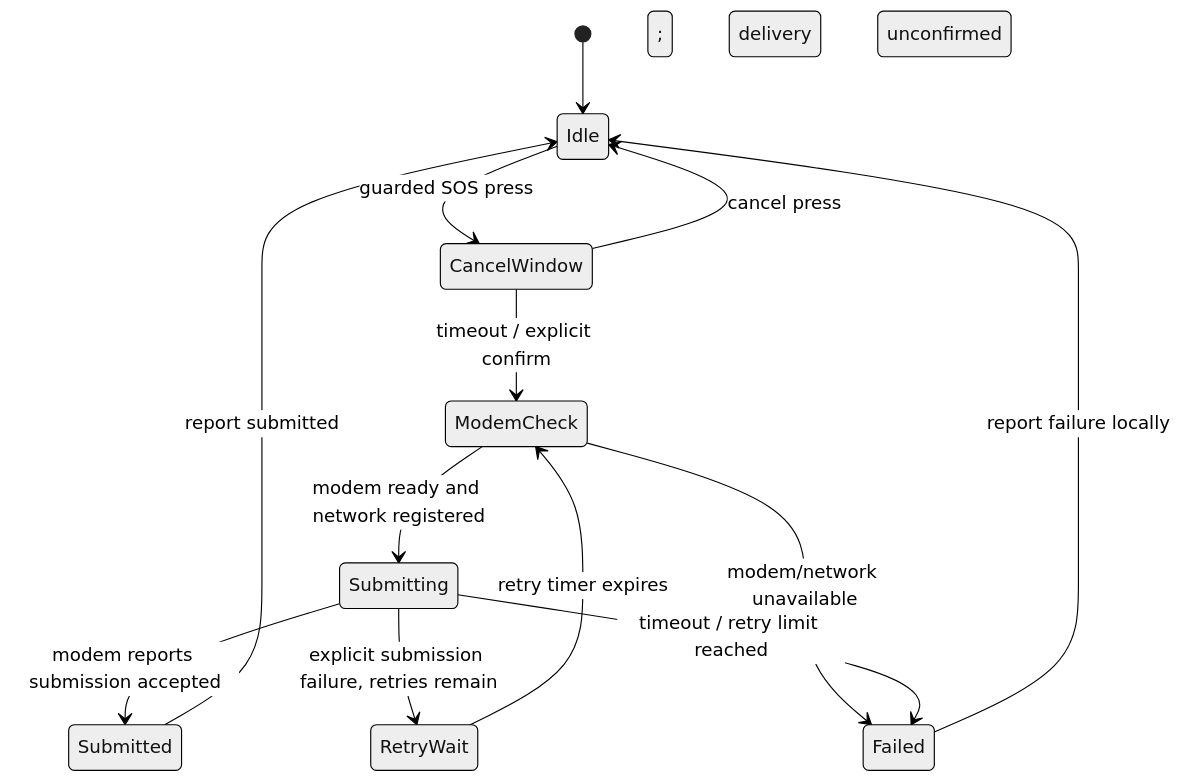
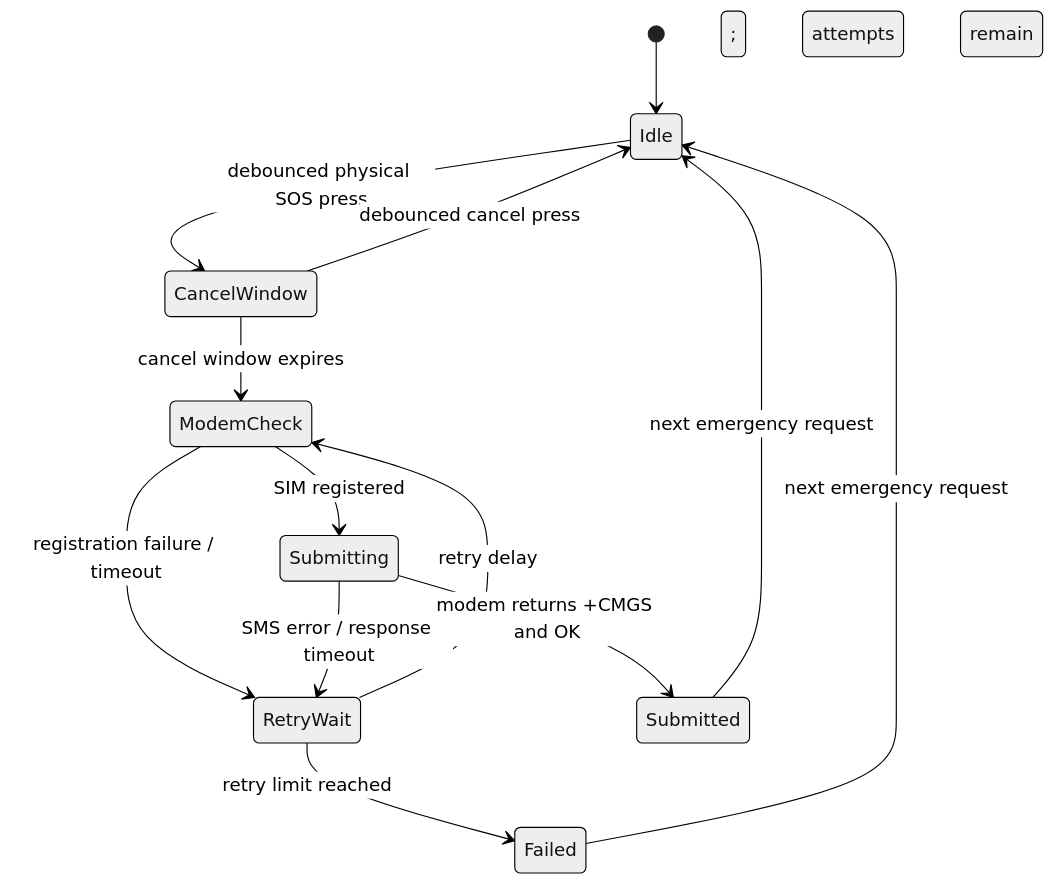
One commit to tsypchallenge0-afk/amnora changed the second of 2 diagrams in docs/architecture.md. Above: the diagram before and after it, drawn with Mermaid (neutral theme). The commit also changed other lines of this file and 24 other files, not shown here.

````diff
--- a/docs/architecture.md
+++ b/docs/architecture.md
@@ -46,15 +66,15 @@
 ```mermaid
 stateDiagram-v2
   [*] --> Idle
-  Idle --> CancelWindow: guarded SOS press
-  CancelWindow --> Idle: cancel press
-  CancelWindow --> ModemCheck: timeout / explicit confirm
-  ModemCheck --> Submitting: modem ready and network registered
-  ModemCheck --> Failed: modem/network unavailable
-  Submitting --> Submitted: modem reports submission accepted
-  Submitting --> RetryWait: explicit submission failure, retries remain
-  RetryWait --> ModemCheck: retry timer expires
-  Submitting --> Failed: timeout / retry limit reached
-  Submitted --> Idle: report submitted; delivery unconfirmed
-  Failed --> Idle: report failure locally
+  Idle --> CancelWindow: debounced physical SOS press
+  CancelWindow --> Idle: debounced cancel press
+  CancelWindow --> ModemCheck: cancel window expires
+  ModemCheck --> Submitting: SIM registered
+  ModemCheck --> RetryWait: registration failure / timeout
+  Submitting --> Submitted: modem returns +CMGS and OK
+  Submitting --> RetryWait: SMS error / response timeout
+  RetryWait --> ModemCheck: retry delay; attempts remain
+  RetryWait --> Failed: retry limit reached
+  Submitted --> Idle: next emergency request
+  Failed --> Idle: next emergency request
 ```
````
